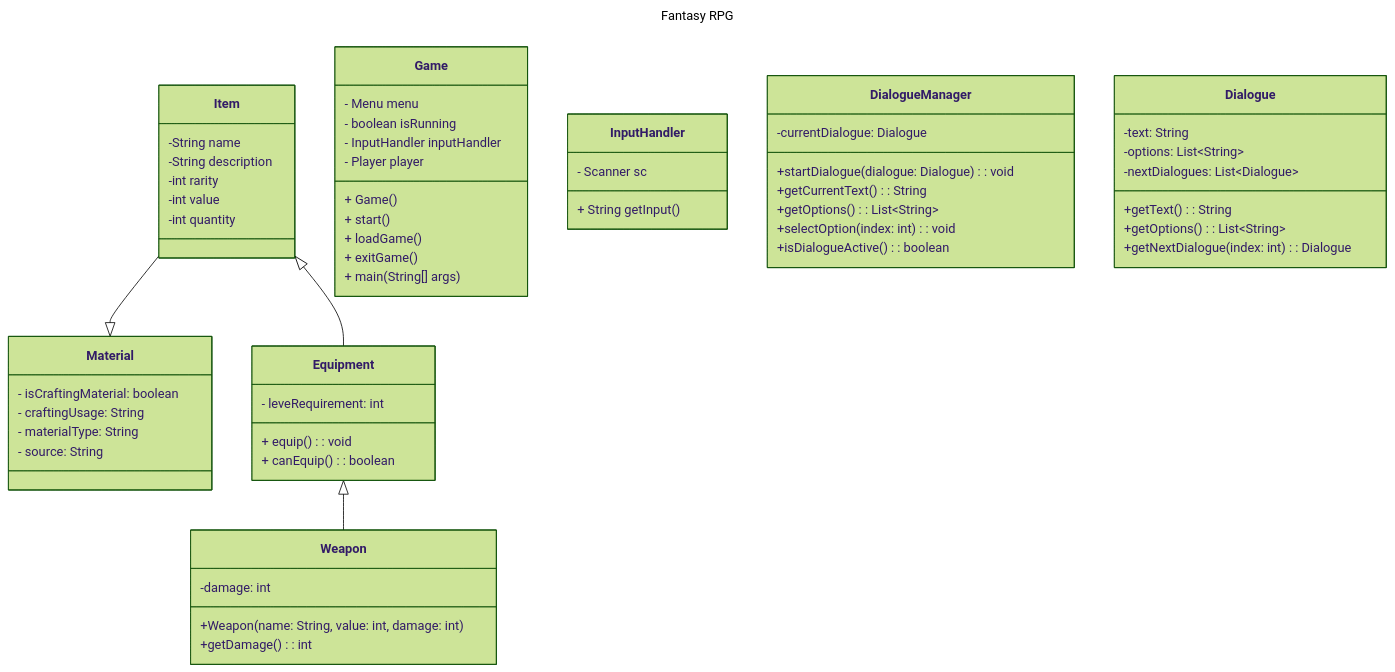
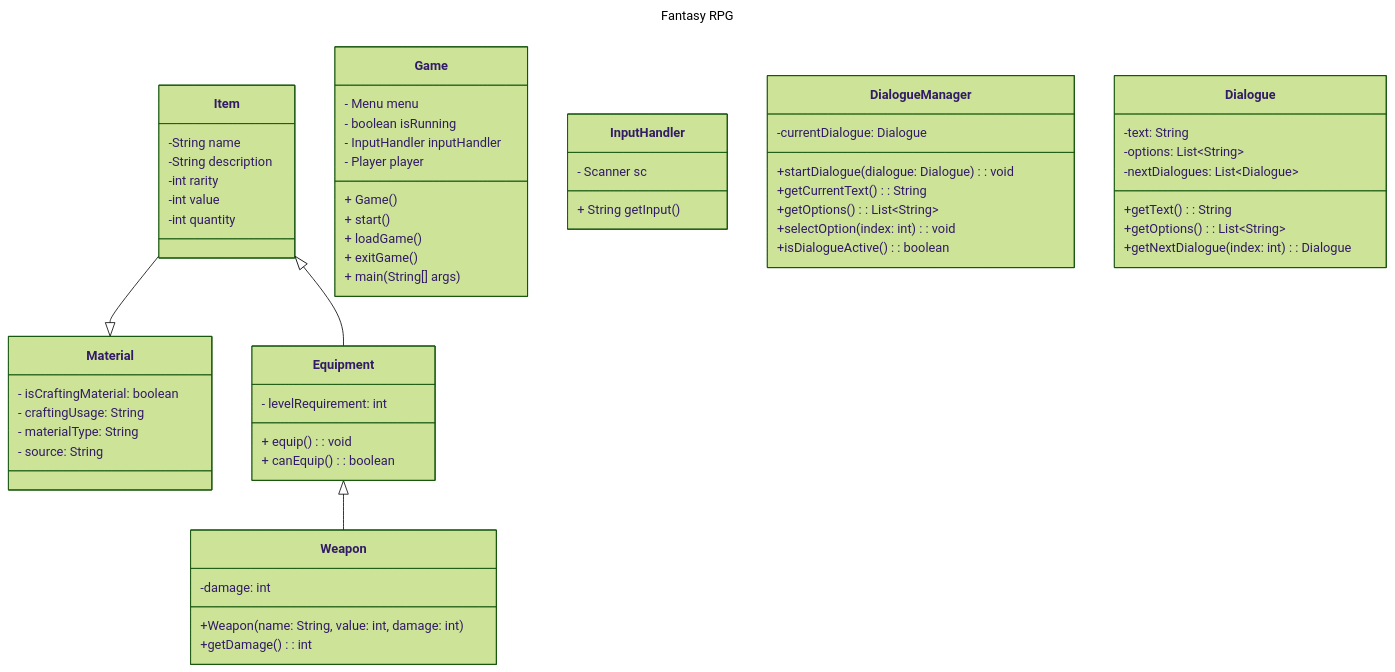
The diagram in wiki/Class-Diagram.md (pacalso-jjc/2425-2nd-cc3-1b-rpg), drawn with Mermaid (forest theme) before and after one commit.

Commit message:
Updated Class Diagram for equipment

````diff
--- a/wiki/Class-Diagram.md
+++ b/wiki/Class-Diagram.md
@@ -1,71 +1,71 @@
 ```mermaid
 ---
 title: Fantasy RPG
 ---
 classDiagram
     Item --|> Material
     class Material {
         - isCraftingMaterial: boolean
         - craftingUsage: String
         - materialType: String
         - source: String
     }
 
     class Item{
         -String name
         -String description
         -int rarity
         -int value
         -int quantity
     }
 
     class Game{
         - Menu menu
         - boolean isRunning
         - InputHandler inputHandler
         - Player player
         + Game()
         + start()
         + loadGame()
         + exitGame()
         + main(String[] args)
     }
 
     class InputHandler{
         - Scanner sc
         + String getInput()
     }
 
     class DialogueManager {
         -currentDialogue: Dialogue
         +startDialogue(dialogue: Dialogue): void
         +getCurrentText(): String
         +getOptions(): List~String~
         +selectOption(index: int): void
         +isDialogueActive(): boolean
     } 
 
     class Dialogue {
         -text: String
         -options: List~String~
         -nextDialogues: List~Dialogue~
         +getText(): String
         +getOptions(): List~String~
         +getNextDialogue(index: int): Dialogue
     }
 
     Equipment <|-- Weapon
     class Weapon {
         -damage: int
         +Weapon(name: String, value: int, damage: int)
         +getDamage(): int
     }
     
     Item <|-- Equipment
-    class Equipment{
-        - leveRequirement: int
+    class Equipment {
+        - levelRequirement: int
         + equip(): void
         + canEquip(): boolean
     }
 
 ```
````
